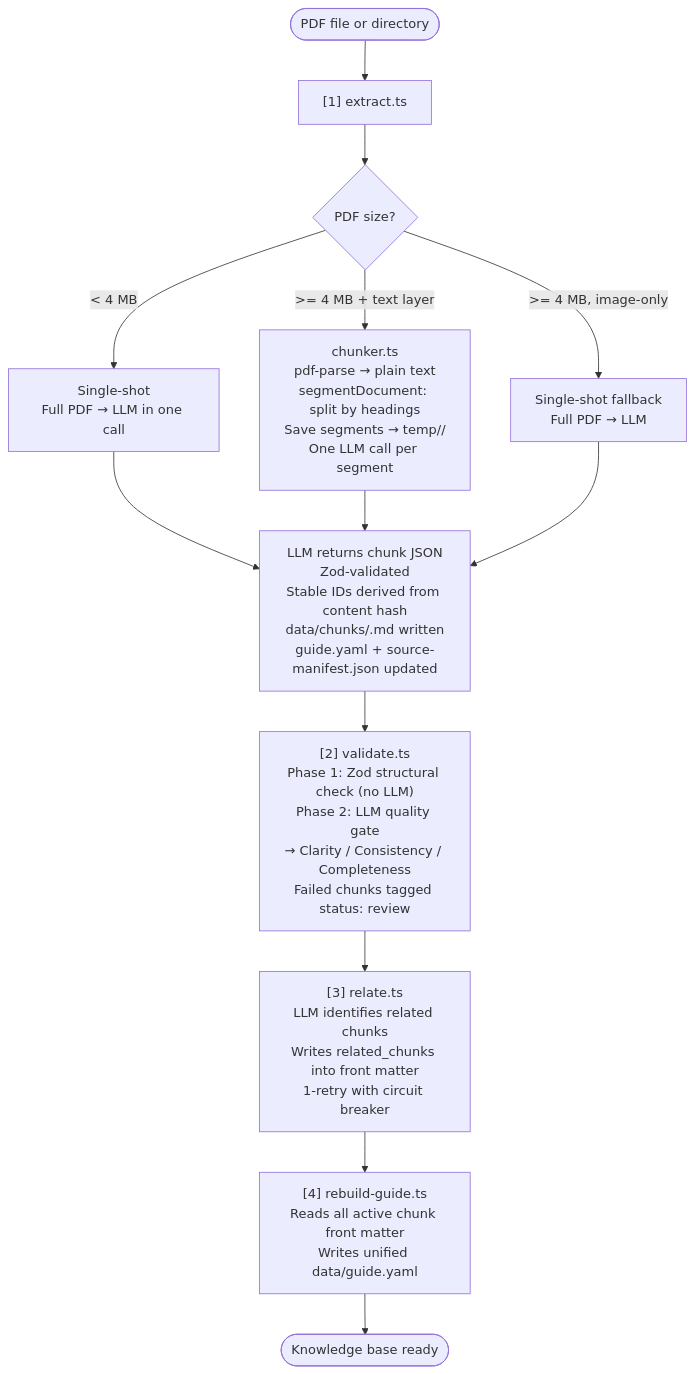
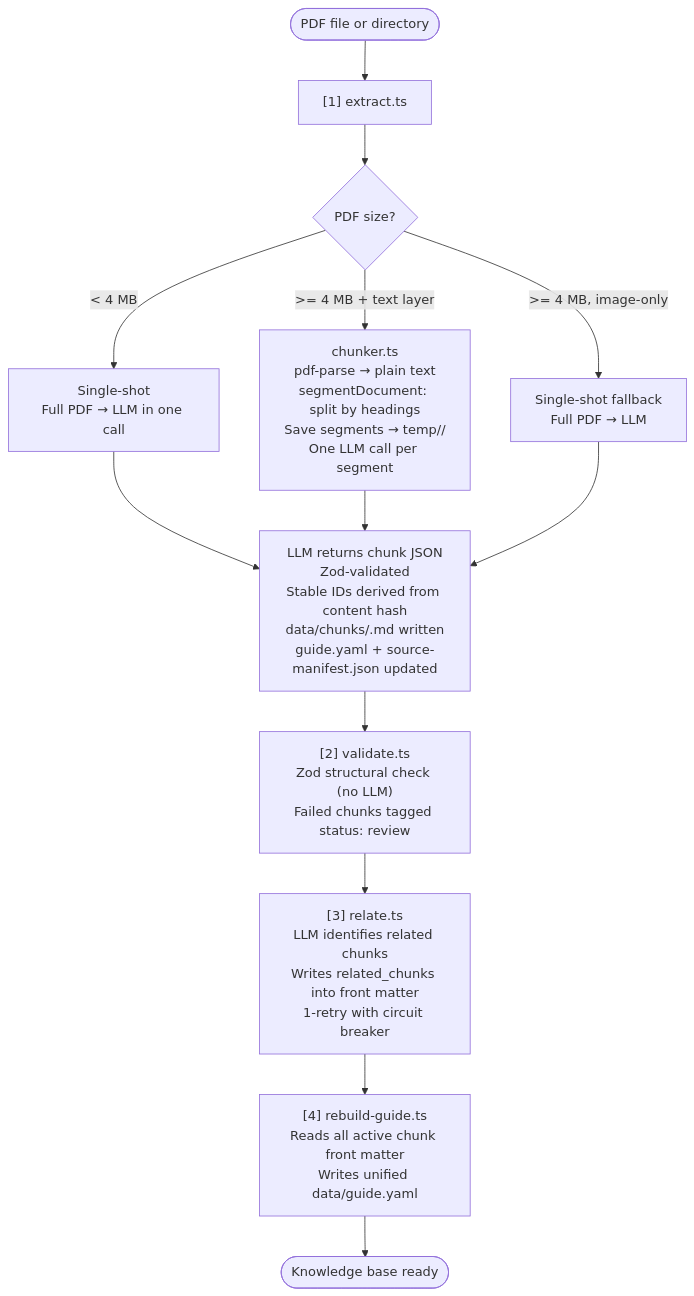
Before and after one commit to amritanshu-acog/hwl-chat-poc: the first of 2 diagrams in GUIDE.md, drawn with Mermaid. The commit also changed other lines of this file and 8 other files, not shown here.

Commit message:
removed extra logs and followed architecture guid.yaml structure.

````diff
--- a/GUIDE.md
+++ b/GUIDE.md
@@ -256,22 +256,22 @@
 ```mermaid
 flowchart TD
     A([PDF file or directory]) --> B["[1] extract.ts"]
 
     B --> C{PDF size?}
 
     C -->|"< 4 MB"| D["Single-shot\nFull PDF → LLM in one call"]
     C -->|">= 4 MB + text layer"| E["chunker.ts\npdf-parse → plain text\nsegmentDocument: split by headings\nSave segments → temp/<type>/\nOne LLM call per segment"]
     C -->|">= 4 MB, image-only"| F["Single-shot fallback\nFull PDF → LLM"]
 
     D --> G["LLM returns chunk JSON\nZod-validated\nStable IDs derived from content hash\ndata/chunks/<id>.md written\nguide.yaml + source-manifest.json updated"]
     E --> G
     F --> G
 
-    G --> H["[2] validate.ts\nPhase 1: Zod structural check (no LLM)\nPhase 2: LLM quality gate\n→ Clarity / Consistency / Completeness\nFailed chunks tagged status: review"]
+    G --> H["[2] validate.ts\nZod structural check (no LLM)\nFailed chunks tagged status: review"]
 
     H --> I["[3] relate.ts\nLLM identifies related chunks\nWrites related_chunks into front matter\n1-retry with circuit breaker"]
 
     I --> J["[4] rebuild-guide.ts\nReads all active chunk front matter\nWrites unified data/guide.yaml"]
 
     J --> K([Knowledge base ready])
 ```
````
